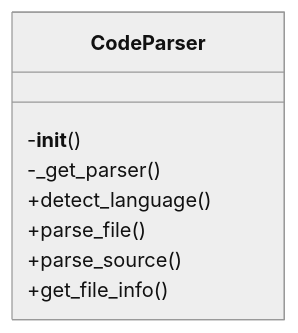
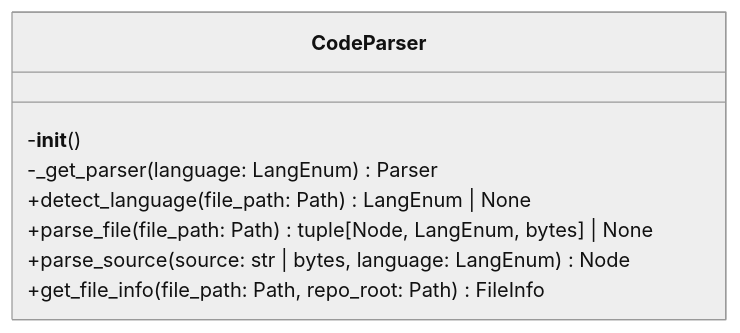
Before and after one commit to UrbanDiver/local-deepwiki-mcp: the first of 2 diagrams in .deepwiki/files/src/local_deepwiki/core/parser.md, drawn with Mermaid (neutral theme). The commit also changed other lines of this file and 30 other files, not shown here.

````diff
--- a/.deepwiki/files/src/local_deepwiki/core/parser.md
+++ b/.deepwiki/files/src/local_deepwiki/core/parser.md
@@ -354,11 +261,11 @@
 ```mermaid
 classDiagram
     class CodeParser {
         -__init__()
-        -_get_parser()
-        +detect_language()
-        +parse_file()
-        +parse_source()
-        +get_file_info()
+        -_get_parser(language: LangEnum) Parser
+        +detect_language(file_path: Path) LangEnum | None
+        +parse_file(file_path: Path) tuple[Node, LangEnum, bytes] | None
+        +parse_source(source: str | bytes, language: LangEnum) Node
+        +get_file_info(file_path: Path, repo_root: Path) FileInfo
     }
 ```
````
